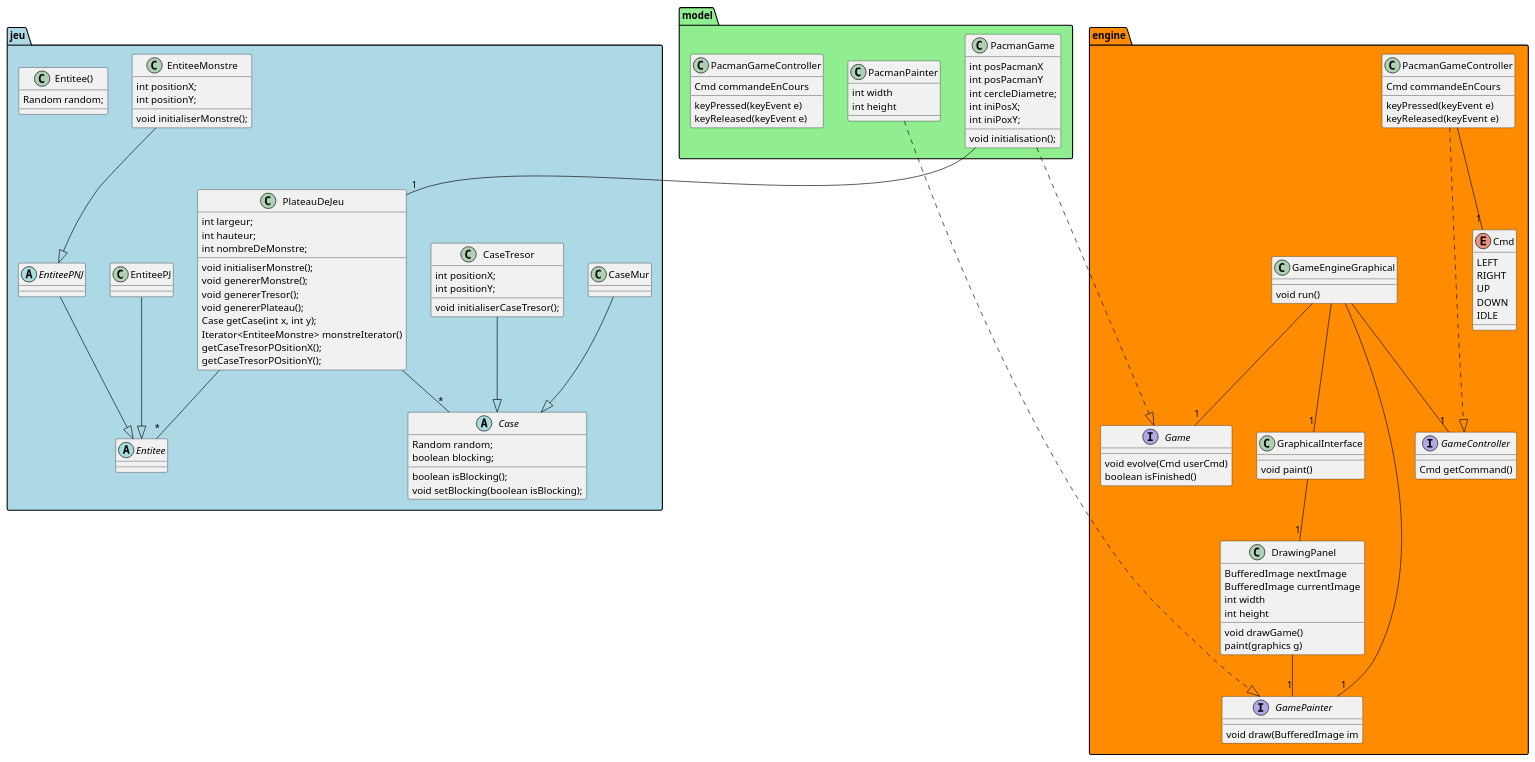
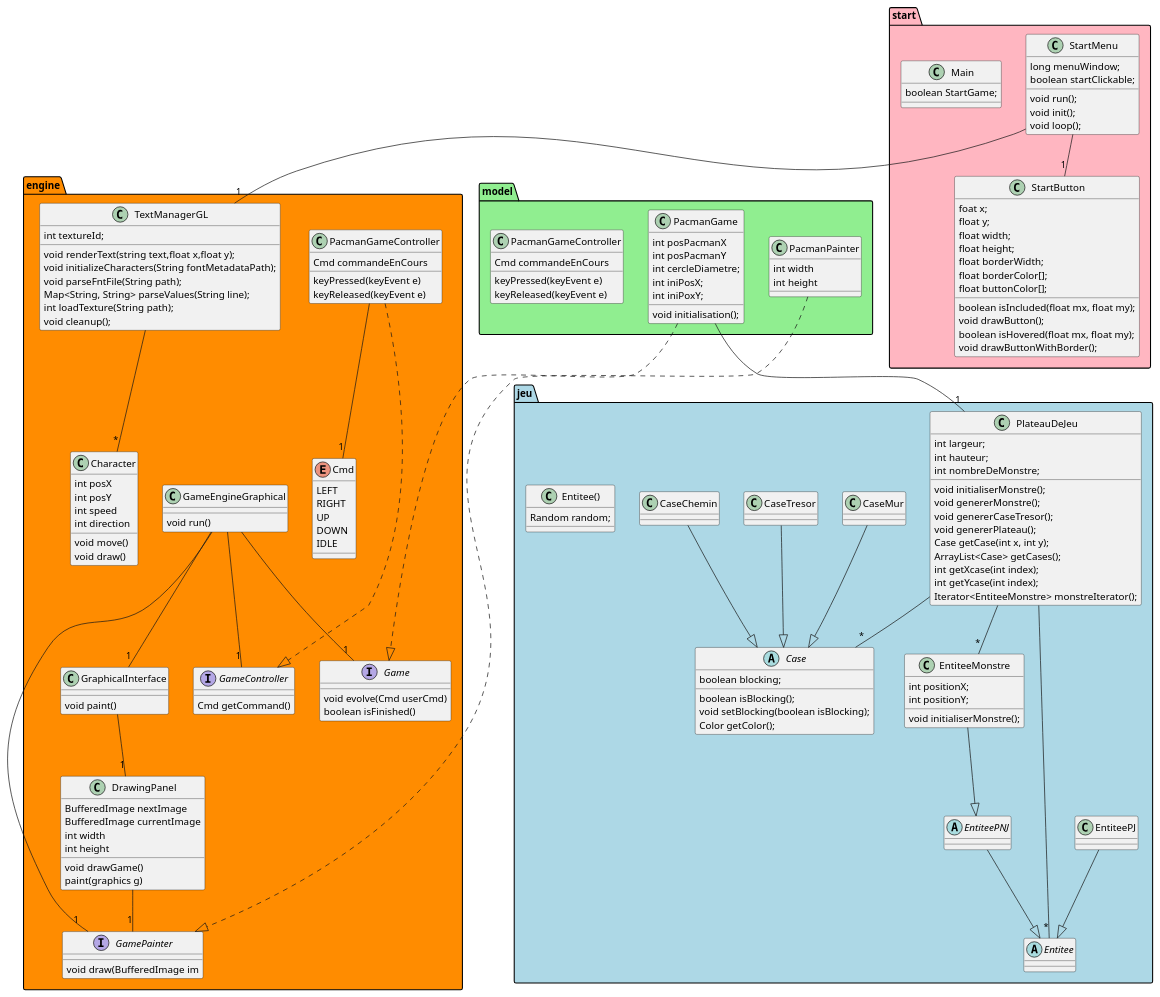
Before and after one commit to Zixun214/PacmanACL: the diagram in support/sprint0/apres/UMLApres.puml, drawn with PlantUML. The commit also changed 1 other file, not shown here.

Commit message:
Mise à jour UML

```diff
--- a/support/sprint0/apres/UMLApres.puml
+++ b/support/sprint0/apres/UMLApres.puml
@@ -5,17 +5,6 @@
     abstract class Entitee
     class EntiteePJ
     abstract class EntiteePNJ
-    class PlateauDeJeu{
-    }
-
-    CaseTresor --|> Case
-    CaseMur --|> Case
-    EntiteeMonstre --|> EntiteePNJ
-    EntiteePNJ --|> Entitee
-    EntiteePJ --|> Entitee
-
-    PlateauDeJeu --"*" Case
-    PlateauDeJeu --"*" Entitee
     
     class PlateauDeJeu{
         int largeur;
@@ -23,25 +12,29 @@
         int nombreDeMonstre;
         void initialiserMonstre();
         void genererMonstre();
-        void genererTresor();
+        void genererCaseTresor();
         void genererPlateau();
         Case getCase(int x, int y);
-        Iterator<EntiteeMonstre> monstreIterator()
-        getCaseTresorPOsitionX();
-        getCaseTresorPOsitionY();
+        ArrayList<Case> getCases();
+        int getXcase(int index);
+        int getYcase(int index);
+        Iterator<EntiteeMonstre> monstreIterator();
     }
     
     abstract class Case{
-       Random random;
        boolean blocking;
        boolean isBlocking();
        void setBlocking(boolean isBlocking);
+       Color getColor();
     }
     
     class CaseTresor{
-      int positionX;
-      int positionY;
-      void initialiserCaseTresor();
+    }
+
+    class CaseMur{
+    }
+
+    class CaseChemin{
     }
     
     class Entitee(){
@@ -53,7 +46,18 @@
         int positionY;
         void initialiserMonstre();
     }
-    
+
+
+    CaseTresor --|> Case
+    CaseMur --|> Case
+    CaseChemin --|> Case
+    EntiteePNJ --|> Entitee
+    EntiteeMonstre --|> EntiteePNJ
+    EntiteePJ --|> Entitee
+
+    PlateauDeJeu --"*" Case
+    PlateauDeJeu --"*" Entitee
+    PlateauDeJeu --"*" EntiteeMonstre
 }
 
 package model #LightGreen{
@@ -125,9 +129,28 @@
     class GameEngineGraphical{
         void run()
     }
+
+    class Character{
+        int posX
+        int posY
+        int speed
+        int direction
+        void move()
+        void draw()
+    }
+
+    class TextManagerGL{
+        int textureId;
+        void renderText(string text,float x,float y);
+        void initializeCharacters(String fontMetadataPath);
+        void parseFntFile(String path);
+        Map<String, String> parseValues(String line);
+        int loadTexture(String path);
+        void cleanup();
+    }
     
     
-
+    TextManagerGL --"*" Character
     PacmanGame -.-|> Game
     PacmanGameController -.-|> GameController
     PacmanPainter -.-|> GamePainter
@@ -144,4 +167,37 @@
 
 PacmanGame --"1" PlateauDeJeu
 
+package start #LightPink{
+    class StartMenu{
+        long menuWindow;
+        boolean startClickable;
+        void run();
+        void init();
+        void loop();
+    }
+
+    class StartButton{
+        foat x;
+        float y;
+        float width;
+        float height;
+        float borderWidth;
+        float borderColor[];
+        float buttonColor[];
+        boolean isIncluded(float mx, float my);
+        void drawButton();
+        boolean isHovered(float mx, float my);
+        void drawButtonWithBorder();
+    }
+
+    class Main{
+        boolean StartGame;
+    }
+
+    StartMenu --"1" StartButton
+    StartMenu --"1" TextManagerGL
+}
+
+
+
 @enduml
```
